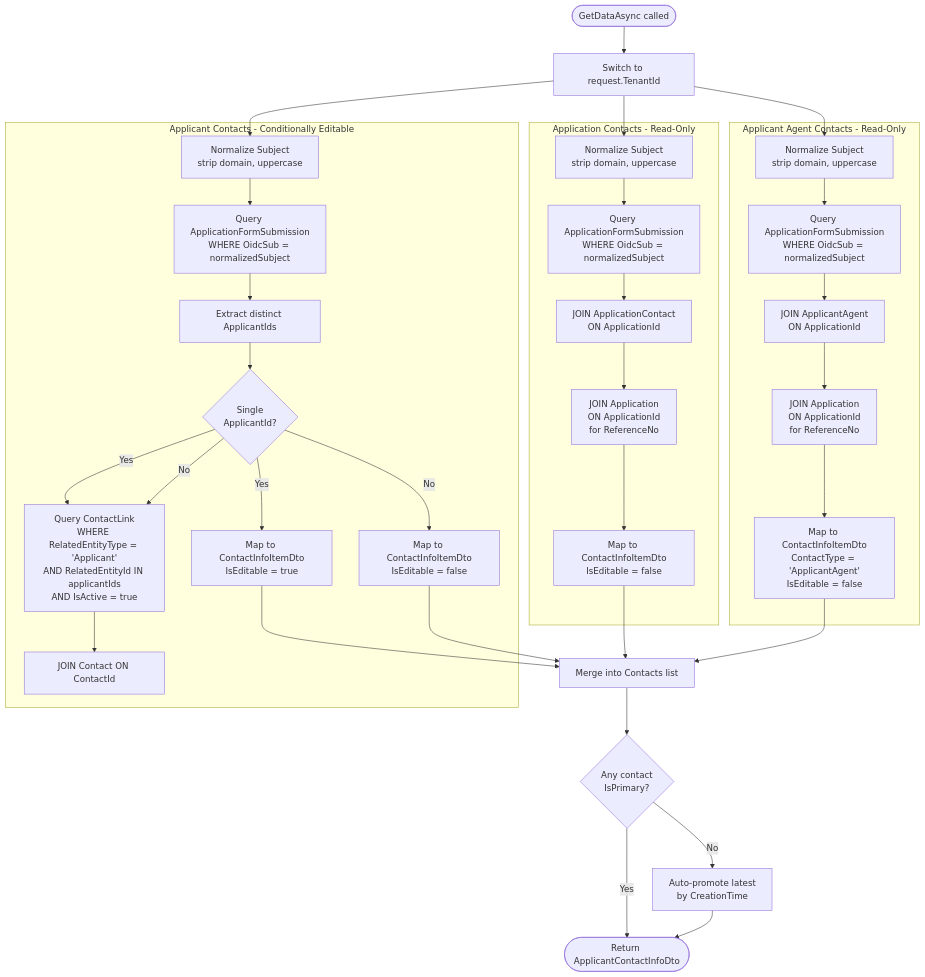
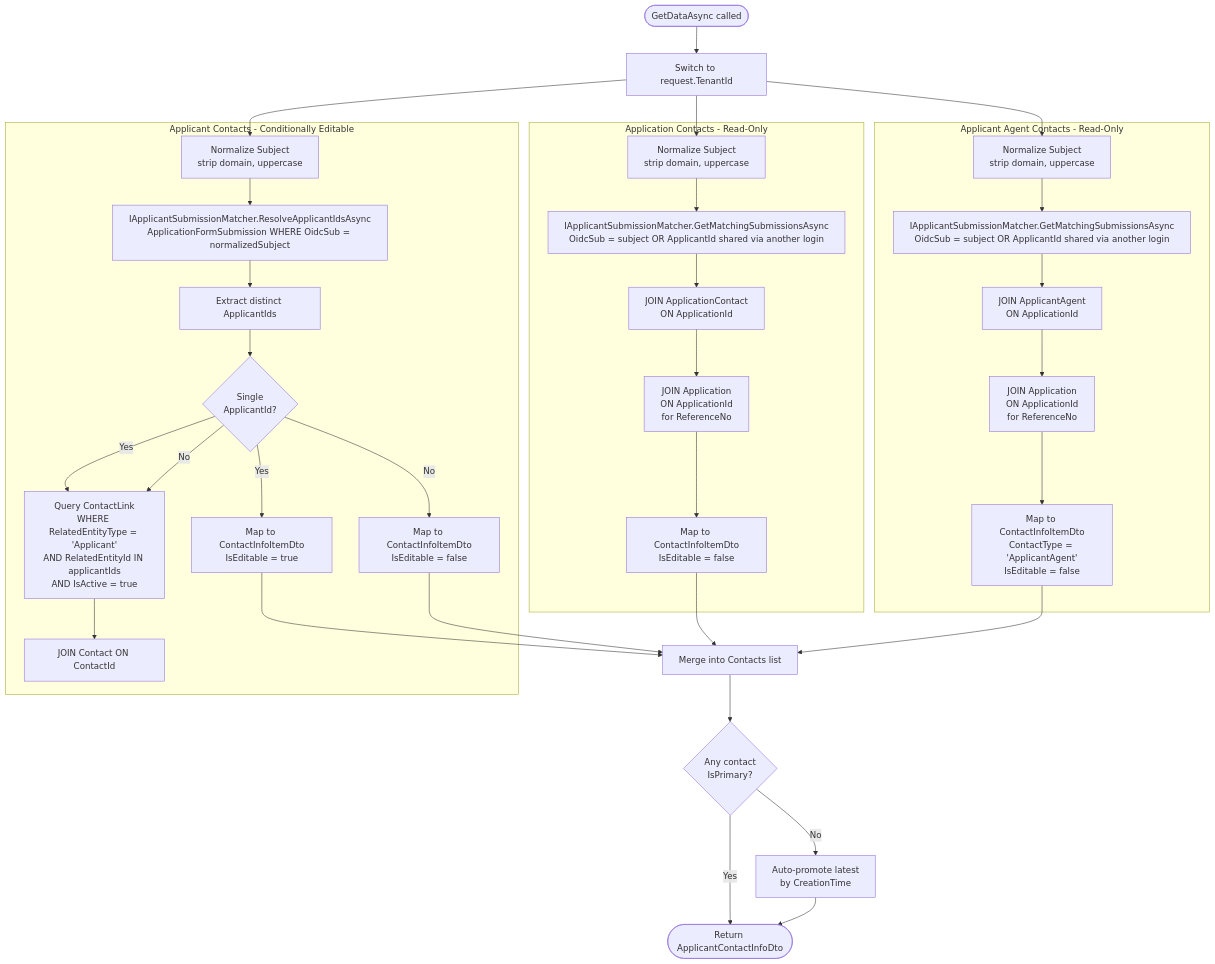
The third of 9 diagrams in documentation/applicant-portal/applicant-profile-data-providers.md (bcgov/Unity), drawn with Mermaid before and after one commit. The commit also changed other lines of this file and 20 other files, not shown here.

````diff
--- a/documentation/applicant-portal/applicant-profile-data-providers.md
+++ b/documentation/applicant-portal/applicant-profile-data-providers.md
@@ -132,53 +145,53 @@
 ```mermaid
 flowchart TD
     Start([GetDataAsync called])
     Tenant["Switch to request.TenantId"]
 
     subgraph ProfileContacts["Applicant Contacts - Conditionally Editable"]
         PC0["Normalize Subject<br/>strip domain, uppercase"]
-        PC0a["Query ApplicationFormSubmission<br/>WHERE OidcSub = normalizedSubject"]
+        PC0a["IApplicantSubmissionMatcher.ResolveApplicantIdsAsync<br/>ApplicationFormSubmission WHERE OidcSub = normalizedSubject"]
         PC0b["Extract distinct ApplicantIds"]
         PC0c{"Single<br/>ApplicantId?"}
         PC1["Query ContactLink<br/>WHERE RelatedEntityType = 'Applicant'<br/>AND RelatedEntityId IN applicantIds<br/>AND IsActive = true"]
         PC2["JOIN Contact ON ContactId"]
         PC3e["Map to ContactInfoItemDto<br/>IsEditable = true"]
         PC3r["Map to ContactInfoItemDto<br/>IsEditable = false"]
         PC0 --> PC0a --> PC0b --> PC0c
         PC0c -->|Yes| PC1
         PC0c -->|No| PC1
         PC1 --> PC2
         PC0c -->|Yes| PC3e
         PC0c -->|No| PC3r
     end
 
     subgraph AppContacts["Application Contacts - Read-Only"]
         AC1["Normalize Subject<br/>strip domain, uppercase"]
-        AC2["Query ApplicationFormSubmission<br/>WHERE OidcSub = normalizedSubject"]
+        AC2["IApplicantSubmissionMatcher.GetMatchingSubmissionsAsync<br/>OidcSub = subject OR ApplicantId shared via another login"]
         AC3["JOIN ApplicationContact<br/>ON ApplicationId"]
         AC3b["JOIN Application<br/>ON ApplicationId<br/>for ReferenceNo"]
         AC4["Map to ContactInfoItemDto<br/>IsEditable = false"]
         AC1 --> AC2 --> AC3 --> AC3b --> AC4
     end
 
     subgraph AgentContacts["Applicant Agent Contacts - Read-Only"]
         AG1["Normalize Subject<br/>strip domain, uppercase"]
-        AG2["Query ApplicationFormSubmission<br/>WHERE OidcSub = normalizedSubject"]
+        AG2["IApplicantSubmissionMatcher.GetMatchingSubmissionsAsync<br/>OidcSub = subject OR ApplicantId shared via another login"]
         AG3["JOIN ApplicantAgent<br/>ON ApplicationId"]
         AG3b["JOIN Application<br/>ON ApplicationId<br/>for ReferenceNo"]
         AG4["Map to ContactInfoItemDto<br/>ContactType = 'ApplicantAgent'<br/>IsEditable = false"]
         AG1 --> AG2 --> AG3 --> AG3b --> AG4
     end
 
     Start --> Tenant
     Tenant --> PC0
     Tenant --> AC1
     Tenant --> AG1
     PC3e --> Merge["Merge into Contacts list"]
     PC3r --> Merge
     AC4 --> Merge
     AG4 --> Merge
     Merge --> PrimaryCheck{"Any contact\nIsPrimary?"}
     PrimaryCheck -->|Yes| Return([Return ApplicantContactInfoDto])
     PrimaryCheck -->|No| AutoPromote["Auto-promote latest\nby CreationTime"]
     AutoPromote --> Return
 ```
````
